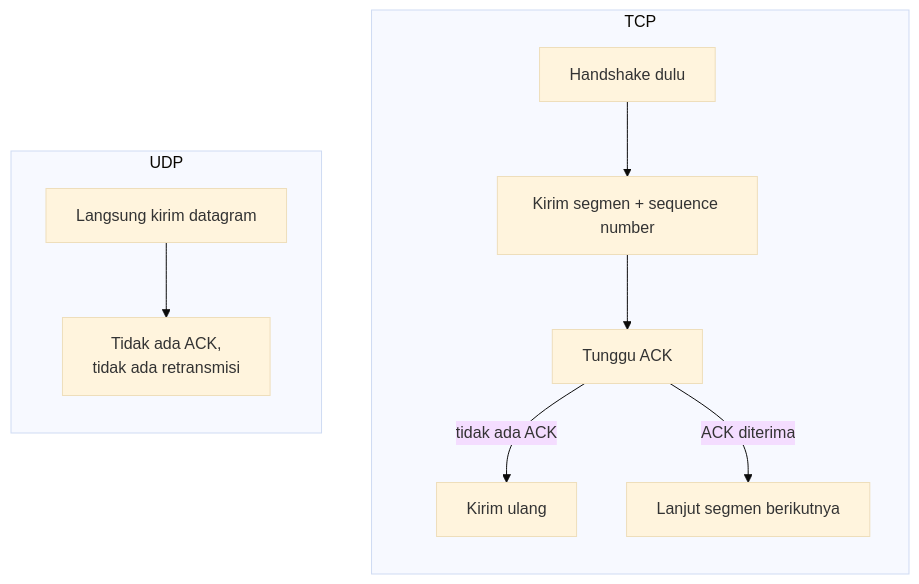
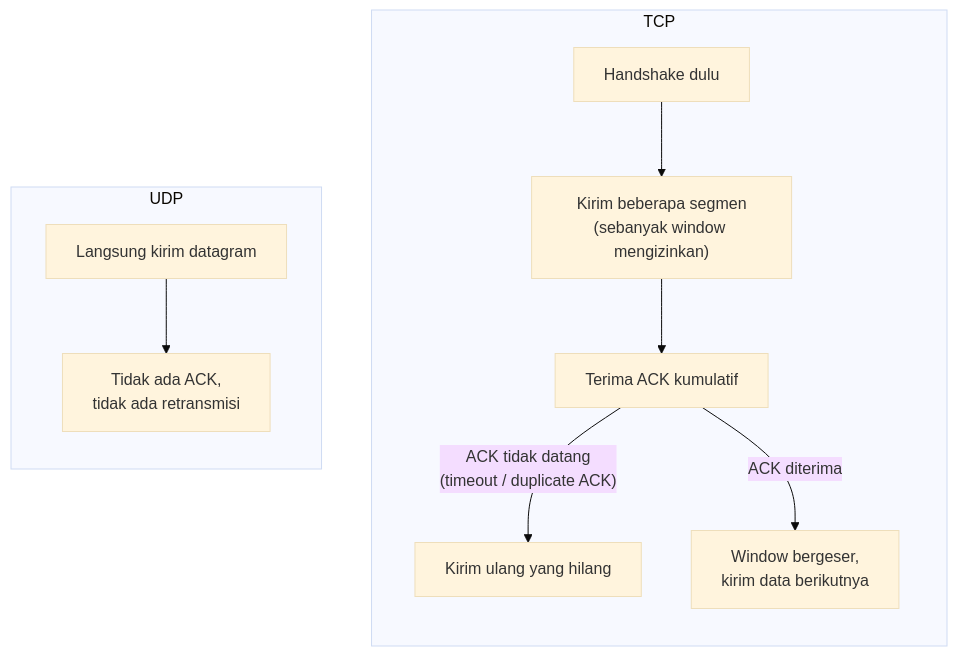
Before and after one commit to firmanains/backend-engineering-vault: the diagram in 10 Foundations/TCP vs UDP.md, drawn with Mermaid (base theme). The commit also changed other lines of this file and 172 other files, not shown here.

````diff
--- a/10 Foundations/TCP vs UDP.md
+++ b/10 Foundations/TCP vs UDP.md
@@ -37,14 +37,14 @@
 ```mermaid
 flowchart TB
     subgraph TCP["TCP"]
         direction TB
-        T1["Handshake dulu"] --> T2["Kirim segmen + sequence number"]
-        T2 --> T3["Tunggu ACK"]
-        T3 -->|"tidak ada ACK"| T4["Kirim ulang"]
-        T3 -->|"ACK diterima"| T5["Lanjut segmen berikutnya"]
+        T1["Handshake dulu"] --> T2["Kirim beberapa segmen\n(sebanyak window mengizinkan)"]
+        T2 --> T3["Terima ACK kumulatif"]
+        T3 -->|"ACK tidak datang\n(timeout / duplicate ACK)"| T4["Kirim ulang yang hilang"]
+        T3 -->|"ACK diterima"| T5["Window bergeser,\nkirim data berikutnya"]
     end
     subgraph UDP["UDP"]
         direction TB
         U1["Langsung kirim datagram"] --> U2["Tidak ada ACK,\ntidak ada retransmisi"]
     end
 ```
````
